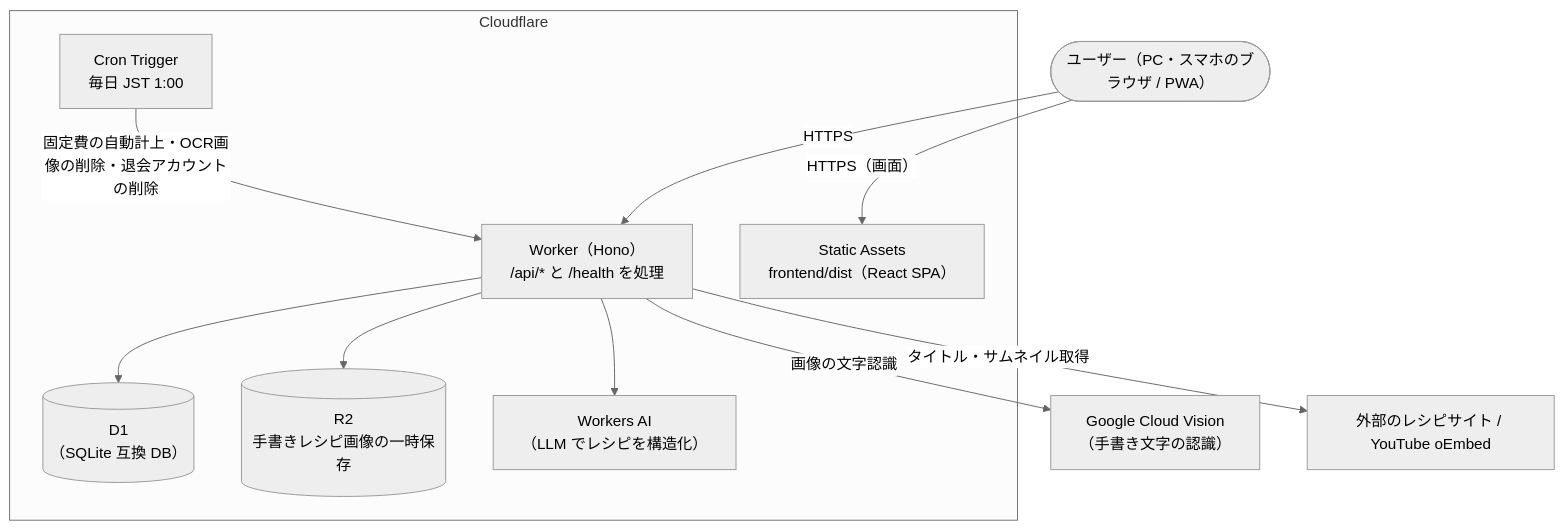
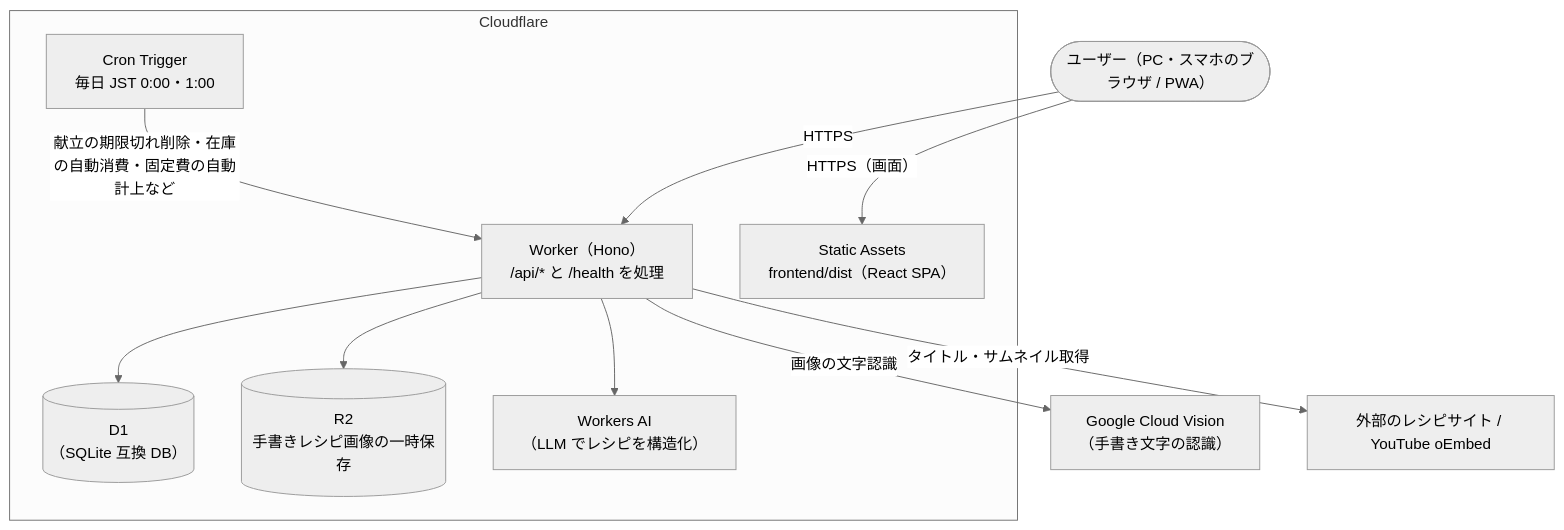
One commit to yamamotonaoki3/HomeLog changed the diagram in docs/details/system-architecture.md. Above: the diagram before and after it, drawn with Mermaid (neutral theme). The commit also changed other lines of this file and 19 other files, not shown here.

````diff
--- a/docs/details/system-architecture.md
+++ b/docs/details/system-architecture.md
@@ -11,25 +11,25 @@
 ```mermaid
 flowchart TB
     User(["ユーザー（PC・スマホのブラウザ / PWA）"])
 
     subgraph CF["Cloudflare"]
         Worker["Worker（Hono）\n/api/* と /health を処理"]
         Assets["Static Assets\nfrontend/dist（React SPA）"]
         D1[("D1\n（SQLite 互換 DB）")]
         R2[("R2\n手書きレシピ画像の一時保存")]
         AI["Workers AI\n（LLM でレシピを構造化）"]
-        Cron["Cron Trigger\n毎日 JST 1:00"]
+        Cron["Cron Trigger\n毎日 JST 0:00・1:00"]
     end
 
     Vision["Google Cloud Vision\n（手書き文字の認識）"]
     Web["外部のレシピサイト / YouTube oEmbed"]
 
     User -- HTTPS --> Worker
     User -- HTTPS（画面） --> Assets
     Worker --> D1
     Worker --> R2
     Worker --> AI
     Worker -- 画像の文字認識 --> Vision
     Worker -- タイトル・サムネイル取得 --> Web
-    Cron -- 固定費の自動計上・OCR画像の削除・退会アカウントの削除 --> Worker
+    Cron -- 献立の期限切れ削除・在庫の自動消費・固定費の自動計上など --> Worker
 ```
````
